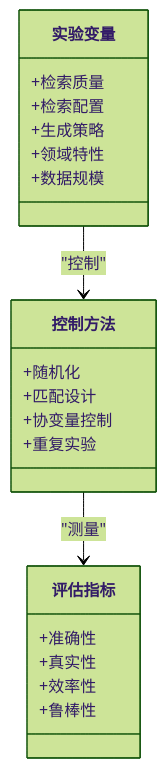
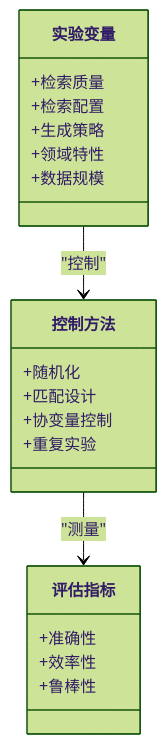
One commit to kitee0918/-nlp-rag-project changed the fifth of 7 diagrams in .qoder/repowiki/zh/content/实验设计与方法.md. Above: the diagram before and after it, drawn with Mermaid (forest theme). The commit also changed other lines of this file and 9 other files, not shown here.

````diff
--- a/.qoder/repowiki/zh/content/实验设计与方法.md
+++ b/.qoder/repowiki/zh/content/实验设计与方法.md
@@ -193,24 +173,23 @@
 ```mermaid
 classDiagram
 class 实验变量 {
 +检索质量
 +检索配置
 +生成策略
 +领域特性
 +数据规模
 }
 class 控制方法 {
 +随机化
 +匹配设计
 +协变量控制
 +重复实验
 }
 class 评估指标 {
 +准确性
-+真实性
 +效率性
 +鲁棒性
 }
 实验变量 --> 控制方法 : "控制"
 控制方法 --> 评估指标 : "测量"
 ```
````
